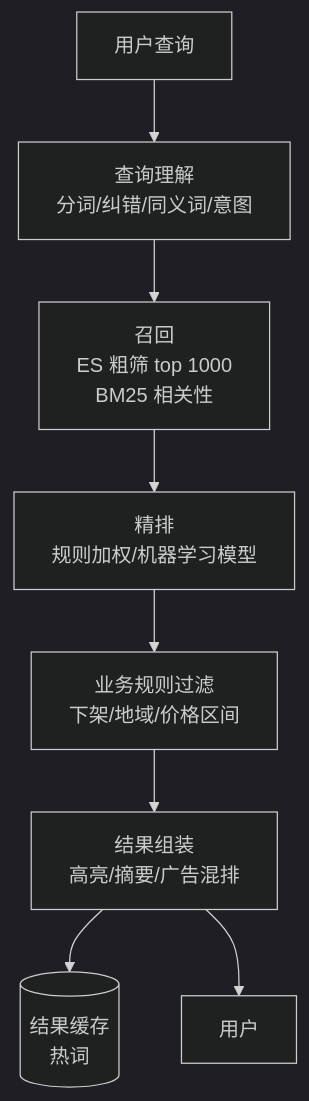
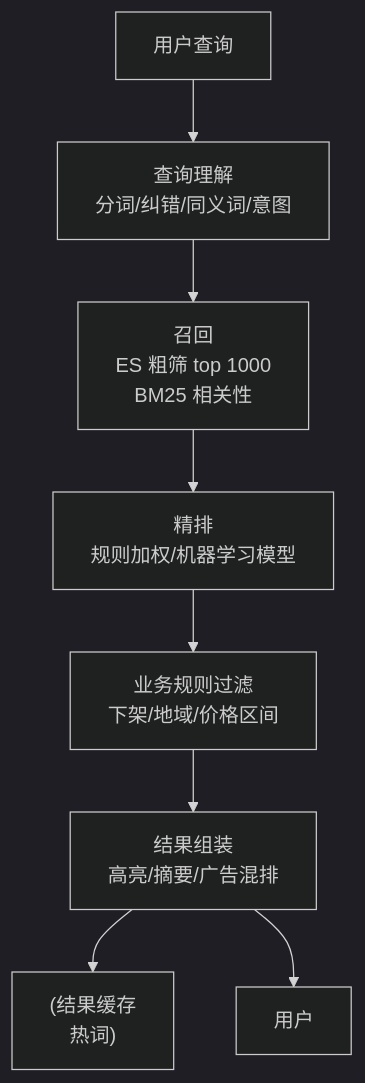
Before and after one commit to regding/java-interview-prep: the eighth of 9 diagrams in 20-system-design-cases-2.md, drawn with Mermaid (dark theme). The commit also changed other lines of this file and 20 other files, not shown here.

First line of the commit message:
fix: 全库 mermaid 中文节点标签统一加引号

````diff
--- a/20-system-design-cases-2.md
+++ b/20-system-design-cases-2.md
@@ -519,10 +519,10 @@
 ```mermaid
 flowchart TD
-    Q[用户查询] --> U[查询理解<br/>分词/纠错/同义词/意图]
-    U --> R[召回<br/>ES 粗筛 top 1000<br/>BM25 相关性]
-    R --> F[精排<br/>规则加权/机器学习模型]
-    F --> B[业务规则过滤<br/>下架/地域/价格区间]
-    B --> S[结果组装<br/>高亮/摘要/广告混排]
-    S --> C[(结果缓存<br/>热词)]
-    S --> U2[用户]
+    Q["用户查询"] --> U["查询理解<br/>分词/纠错/同义词/意图"]
+    U --> R["召回<br/>ES 粗筛 top 1000<br/>BM25 相关性"]
+    R --> F["精排<br/>规则加权/机器学习模型"]
+    F --> B["业务规则过滤<br/>下架/地域/价格区间"]
+    B --> S["结果组装<br/>高亮/摘要/广告混排"]
+    S --> C["(结果缓存<br/>热词)"]
+    S --> U2["用户"]
 ```
````
